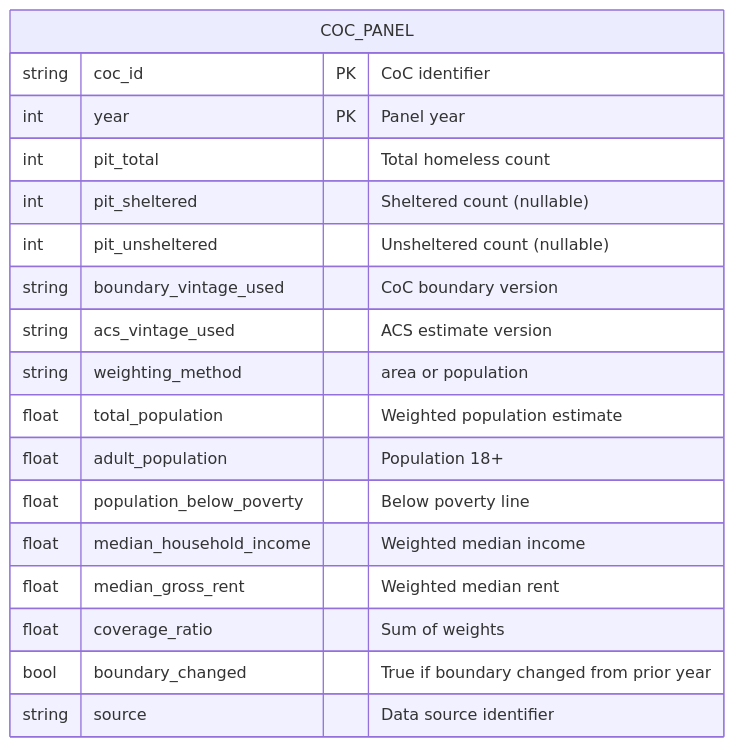
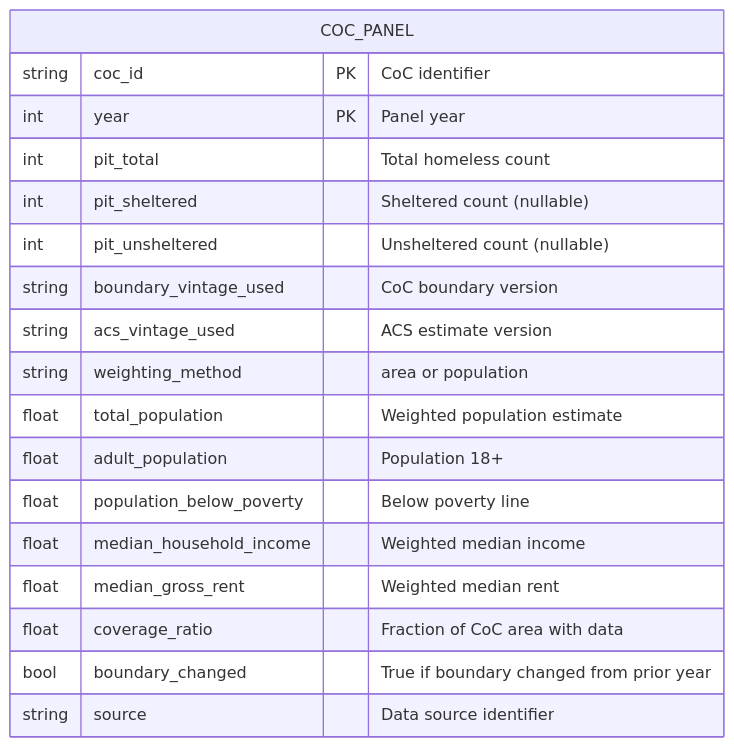
Before and after one commit to mlmcconnell1/CoC-Lab: the tenth of 14 diagrams in manual-obsidian/CoC-Lab-Manual.md, drawn with Mermaid. The commit also changed other lines of this file, not shown here.

````diff
--- a/manual-obsidian/CoC-Lab-Manual.md
+++ b/manual-obsidian/CoC-Lab-Manual.md
@@ -1190,21 +1202,21 @@
 ```mermaid
 erDiagram
     COC_PANEL {
         string coc_id PK "CoC identifier"
         int year PK "Panel year"
         int pit_total "Total homeless count"
         int pit_sheltered "Sheltered count (nullable)"
         int pit_unsheltered "Unsheltered count (nullable)"
         string boundary_vintage_used "CoC boundary version"
         string acs_vintage_used "ACS estimate version"
         string weighting_method "area or population"
         float total_population "Weighted population estimate"
         float adult_population "Population 18+"
         float population_below_poverty "Below poverty line"
         float median_household_income "Weighted median income"
         float median_gross_rent "Weighted median rent"
-        float coverage_ratio "Sum of weights"
+        float coverage_ratio "Fraction of CoC area with data"
         bool boundary_changed "True if boundary changed from prior year"
         string source "Data source identifier"
     }
 ```
````
